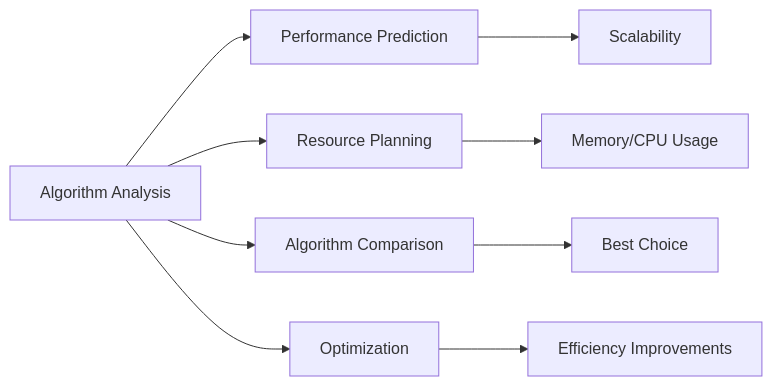
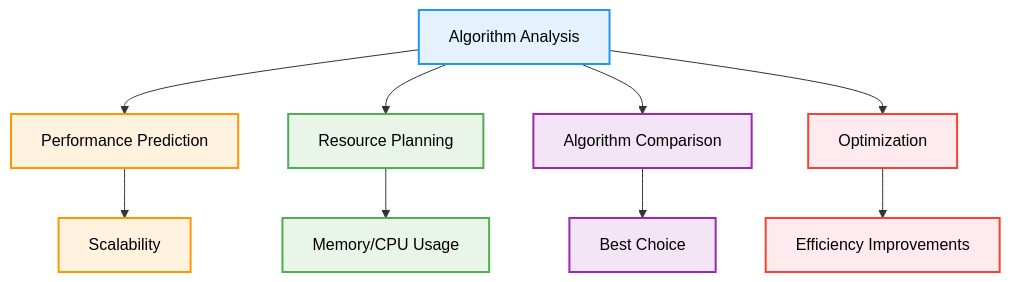
One commit to AbhishekGiri04/CodeVault changed the fourth of 8 diagrams in concepts/fundamentals.md. Above: the diagram before and after it, drawn with Mermaid. The commit also changed other lines of this file, not shown here.

Commit message:
Fix Algorithm Categories Mermaid diagram syntax

````diff
--- a/concepts/fundamentals.md
+++ b/concepts/fundamentals.md
@@ -310,12 +294,24 @@
 ```mermaid
-graph LR
-    A[Algorithm Analysis] --> B[Performance Prediction]
-    A --> C[Resource Planning]
-    A --> D[Algorithm Comparison]
-    A --> E[Optimization]
+flowchart TD
+    A["Algorithm Analysis"] --> B["Performance Prediction"]
+    A --> C["Resource Planning"]
+    A --> D["Algorithm Comparison"]
+    A --> E["Optimization"]
     
-    B --> F[Scalability]
-    C --> G[Memory/CPU Usage]
-    D --> H[Best Choice]
-    E --> I[Efficiency Improvements]
+    B --> F["Scalability"]
+    C --> G["Memory/CPU Usage"]
+    D --> H["Best Choice"]
+    E --> I["Efficiency Improvements"]
+    
+    classDef default fill:#f9f9f9,stroke:#333,stroke-width:2px,color:#000
+    classDef analysis fill:#e3f2fd,stroke:#2196f3,stroke-width:2px,color:#000
+    classDef prediction fill:#fff3e0,stroke:#ff9800,stroke-width:2px,color:#000
+    classDef planning fill:#e8f5e8,stroke:#4caf50,stroke-width:2px,color:#000
+    classDef comparison fill:#f3e5f5,stroke:#9c27b0,stroke-width:2px,color:#000
+    classDef optimization fill:#ffebee,stroke:#f44336,stroke-width:2px,color:#000
+    class A analysis
+    class B,F prediction
+    class C,G planning
+    class D,H comparison
+    class E,I optimization
 ```
````
